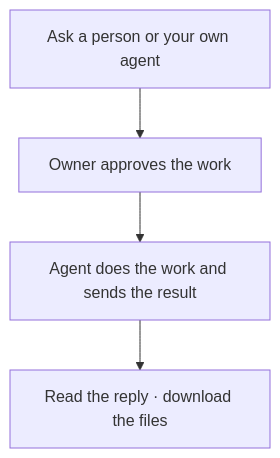
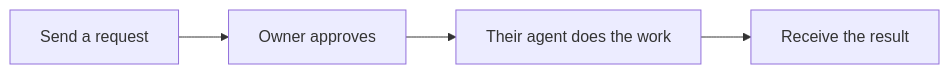
The diagram in README.md (BerriAI/litecom), drawn with Mermaid before and after one commit. The commit also changed other lines of this file and 22 other files, not shown here.

````diff
--- a/README.md
+++ b/README.md
@@ -27,6 +11,6 @@
 ```mermaid
-flowchart TD
-  A[Ask a person or your own agent] --> B[Owner approves the work]
-  B --> C[Agent does the work and sends the result]
-  C --> D[Read the reply · download the files]
+flowchart LR
+  A[Send a request] --> B[Owner approves]
+  B --> C[Their agent does the work]
+  C --> D[Receive the result]
 ```
````
